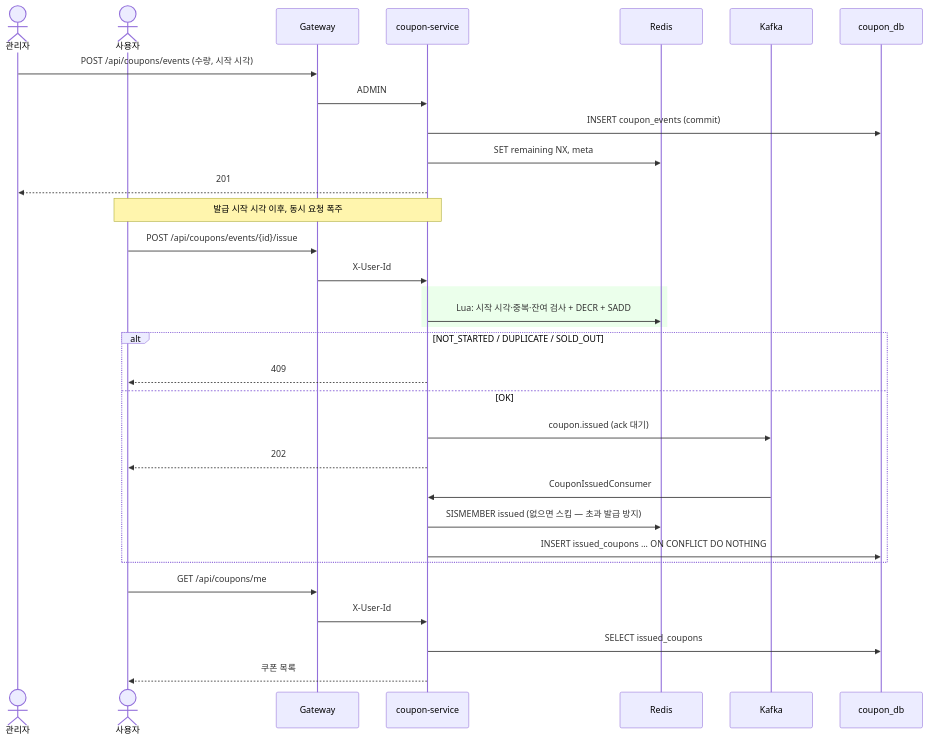
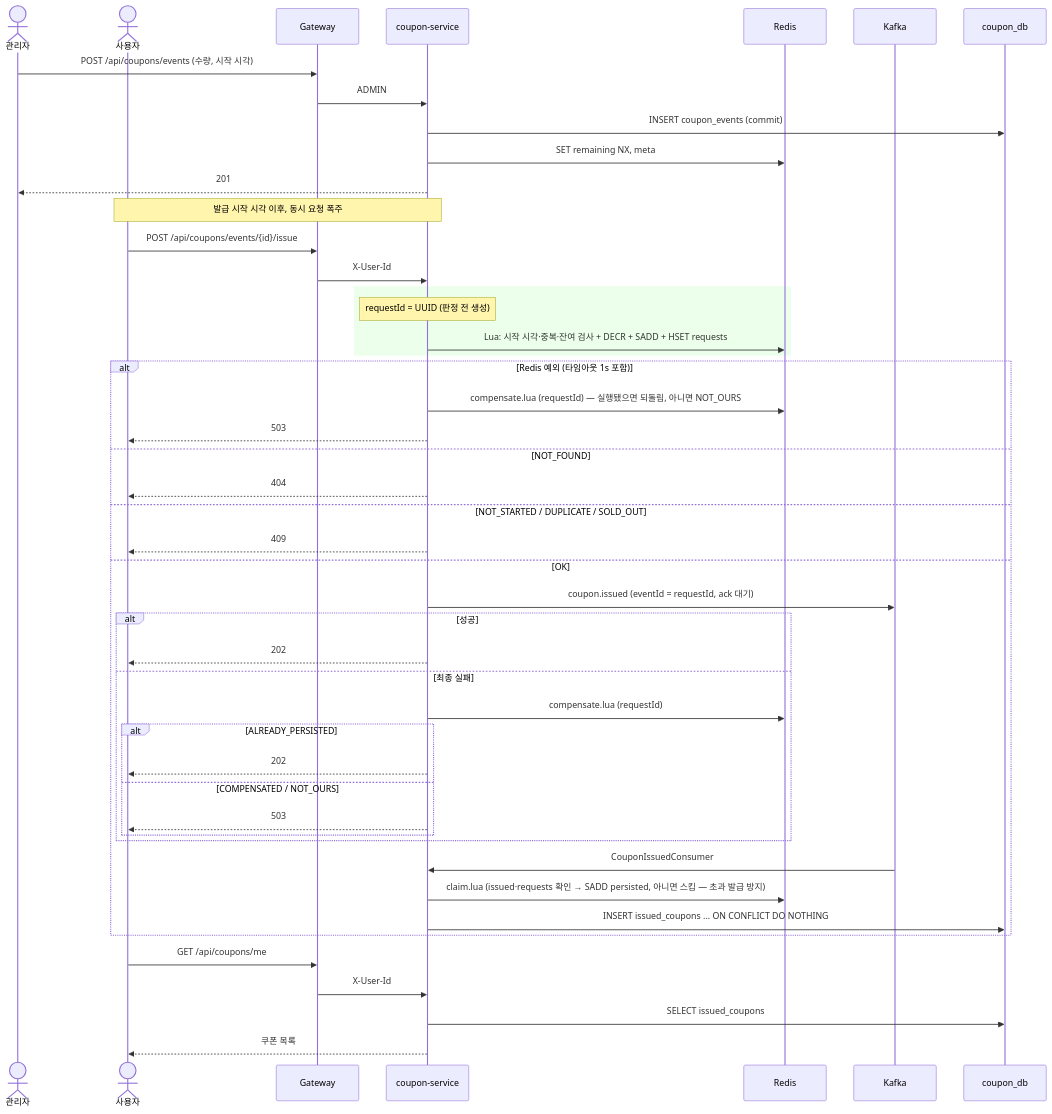
The fourth of 12 diagrams in docs/design/08-sequence-diagram/sequence-diagram.md (dd-jiny/queue-drop), drawn with Mermaid before and after one commit. The commit also changed other lines of this file and 7 other files, not shown here.

````diff
--- a/docs/design/08-sequence-diagram/sequence-diagram.md
+++ b/docs/design/08-sequence-diagram/sequence-diagram.md
@@ -196,37 +197,52 @@
 ```mermaid
 sequenceDiagram
     actor A as 관리자
     actor U as 사용자
     participant GW as Gateway
     participant CS as coupon-service
     participant R as Redis
     participant K as Kafka
     participant DB as coupon_db
 
     A->>GW: POST /api/coupons/events (수량, 시작 시각)
     GW->>CS: ADMIN
     CS->>DB: INSERT coupon_events (commit)
     CS->>R: SET remaining NX, meta
     CS-->>A: 201
 
     Note over U,CS: 발급 시작 시각 이후, 동시 요청 폭주
     U->>GW: POST /api/coupons/events/{id}/issue
     GW->>CS: X-User-Id
     rect rgb(235, 255, 235)
-    CS->>R: Lua: 시작 시각·중복·잔여 검사 + DECR + SADD
+    Note over CS: requestId = UUID (판정 전 생성)
+    CS->>R: Lua: 시작 시각·중복·잔여 검사 + DECR + SADD + HSET requests
     end
-    alt NOT_STARTED / DUPLICATE / SOLD_OUT
+    alt Redis 예외 (타임아웃 1s 포함)
+        CS->>R: compensate.lua (requestId) — 실행됐으면 되돌림, 아니면 NOT_OURS
+        CS-->>U: 503
+    else NOT_FOUND
+        CS-->>U: 404
+    else NOT_STARTED / DUPLICATE / SOLD_OUT
         CS-->>U: 409
     else OK
-        CS->>K: coupon.issued (ack 대기)
-        CS-->>U: 202
+        CS->>K: coupon.issued (eventId = requestId, ack 대기)
+        alt 성공
+            CS-->>U: 202
+        else 최종 실패
+            CS->>R: compensate.lua (requestId)
+            alt ALREADY_PERSISTED
+                CS-->>U: 202
+            else COMPENSATED / NOT_OURS
+                CS-->>U: 503
+            end
+        end
         K->>CS: CouponIssuedConsumer
-        CS->>R: SISMEMBER issued (없으면 스킵 — 초과 발급 방지)
+        CS->>R: claim.lua (issued·requests 확인 → SADD persisted, 아니면 스킵 — 초과 발급 방지)
         CS->>DB: INSERT issued_coupons ... ON CONFLICT DO NOTHING
     end
 
     U->>GW: GET /api/coupons/me
     GW->>CS: X-User-Id
     CS->>DB: SELECT issued_coupons
     CS-->>U: 쿠폰 목록
 ```
````
